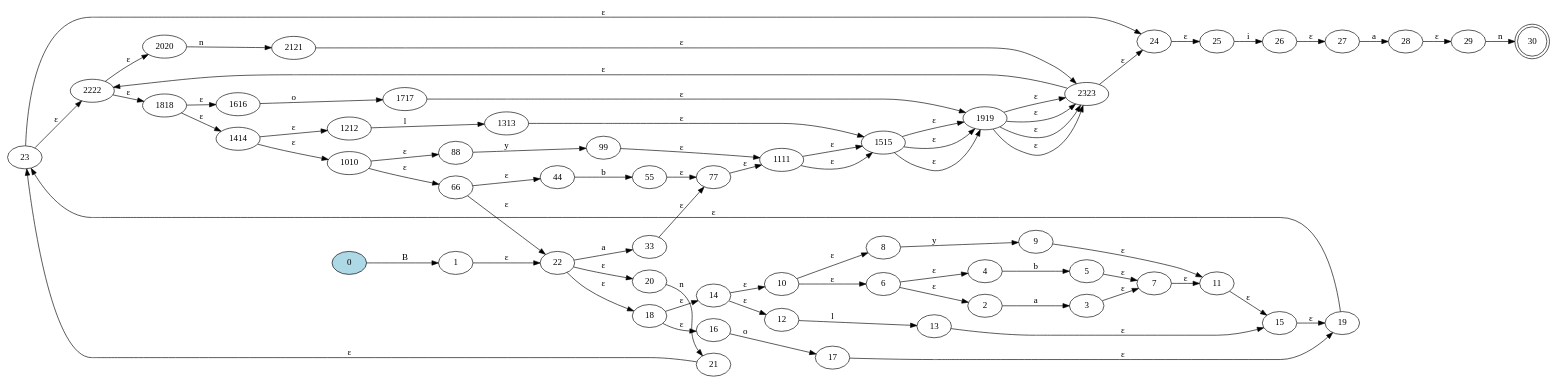
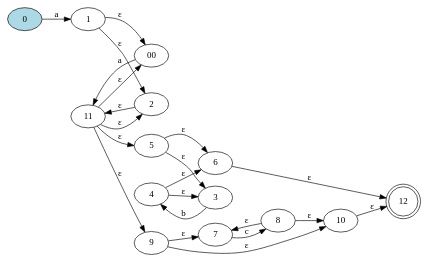
One commit to Daniel-Sima/Clone-of-the-egrep-UNIX-command changed the diagram in NDFA.dot. Above: the diagram before and after it, drawn with Graphviz. The commit also changed 18 other files, not shown here.

```diff
--- a/NDFA.dot
+++ b/NDFA.dot
@@ -1,77 +1,28 @@
 digraph {
 	rankdir=LR;
 
-	30 [shape=doublecircle]
+	12 [shape=doublecircle]
 	0 [style=filled, fillcolor="lightblue"]
 
-	0->1 [label= "B"];
-	2->3 [label= "a"];
-	4->5 [label= "b"];
-	6->2 [label= "ε"];
-	6->4 [label= "ε"];
-	3->7 [label= "ε"];
-	5->7 [label= "ε"];
-	8->9 [label= "y"];
-	10->6 [label= "ε"];
-	10->8 [label= "ε"];
-	7->11 [label= "ε"];
-	9->11 [label= "ε"];
-	12->13 [label= "l"];
-	14->10 [label= "ε"];
-	14->12 [label= "ε"];
-	11->15 [label= "ε"];
-	13->15 [label= "ε"];
-	16->17 [label= "o"];
-	18->14 [label= "ε"];
-	18->16 [label= "ε"];
-	15->19 [label= "ε"];
-	17->19 [label= "ε"];
-	20->21 [label= "n"];
-	22->18 [label= "ε"];
-	22->20 [label= "ε"];
-	19->23 [label= "ε"];
-	21->23 [label= "ε"];
-	2222->1818 [label= "ε"];
-	2222->2020 [label= "ε"];
-	1818->1414 [label= "ε"];
-	1818->1616 [label= "ε"];
-	2020->2121 [label= "n"];
-	1414->1010 [label= "ε"];
-	1414->1212 [label= "ε"];
-	1616->1717 [label= "o"];
-	2121->2323 [label= "ε"];
-	1010->66 [label= "ε"];
-	1010->88 [label= "ε"];
-	1212->1313 [label= "l"];
-	1717->1919 [label= "ε"];
-	66->22 [label= "ε"];
-	66->44 [label= "ε"];
-	88->99 [label= "y"];
-	1313->1515 [label= "ε"];
-	1919->2323 [label= "ε"];
-	22->33 [label= "a"];
-	44->55 [label= "b"];
-	99->1111 [label= "ε"];
-	1515->1919 [label= "ε"];
-	33->77 [label= "ε"];
-	55->77 [label= "ε"];
-	1111->1515 [label= "ε"];
-	1919->2323 [label= "ε"];
-	77->1111 [label= "ε"];
-	1515->1919 [label= "ε"];
-	1111->1515 [label= "ε"];
-	1919->2323 [label= "ε"];
-	1515->1919 [label= "ε"];
-	1919->2323 [label= "ε"];
-	23->2222 [label= "ε"];
-	2323->2222 [label= "ε"];
-	23->24 [label= "ε"];
-	2323->24 [label= "ε"];
-	1->22 [label= "ε"];
-	25->26 [label= "i"];
-	24->25 [label= "ε"];
-	27->28 [label= "a"];
-	26->27 [label= "ε"];
-	29->30 [label= "n"];
-	28->29 [label= "ε"];
+	0->1 [label= "a"];
+	00->11 [label= "a"];
+	1->00 [label= "ε"];
+	11->00 [label= "ε"];
+	1->2 [label= "ε"];
+	11->2 [label= "ε"];
+	3->4 [label= "b"];
+	4->3 [label= "ε"];
+	5->3 [label= "ε"];
+	4->6 [label= "ε"];
+	5->6 [label= "ε"];
+	7->8 [label= "c"];
+	8->7 [label= "ε"];
+	9->7 [label= "ε"];
+	8->10 [label= "ε"];
+	9->10 [label= "ε"];
+	11->5 [label= "ε"];
+	11->9 [label= "ε"];
+	6->12 [label= "ε"];
+	10->12 [label= "ε"];
+	2->11 [label= "ε"];
 }
```
